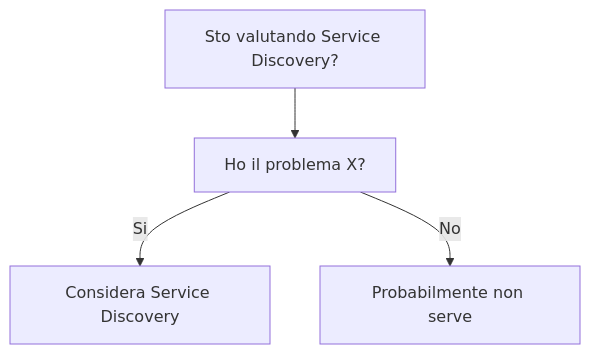
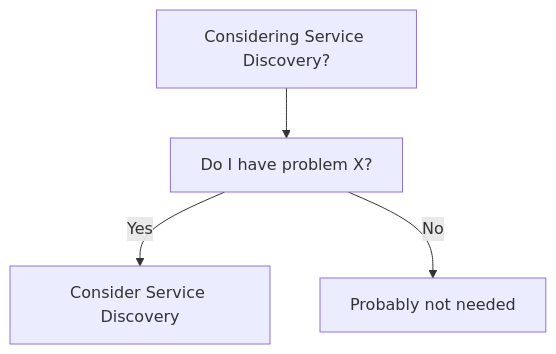
One commit to HxT9/Software-Dev-Wiki changed the diagram in dev-wiki/05_Distributed_Systems/Service_Discovery/When_To_Use.md. Above: the diagram before and after it, drawn with Mermaid. The commit also changed other lines of this file and 3444 other files, not shown here.

````diff
--- a/dev-wiki/05_Distributed_Systems/Service_Discovery/When_To_Use.md
+++ b/dev-wiki/05_Distributed_Systems/Service_Discovery/When_To_Use.md
@@ -19,6 +19,6 @@
 ```mermaid
 flowchart TD
-  Q[Sto valutando Service Discovery?] --> Q1[Ho il problema X?]
-  Q1 -->|Si| OK[Considera Service Discovery]
-  Q1 -->|No| NO[Probabilmente non serve]
+  Q[Considering Service Discovery?] --> Q1[Do I have problem X?]
+  Q1 -->|Yes| OK[Consider Service Discovery]
+  Q1 -->|No| NO[Probably not needed]
 ```
````
